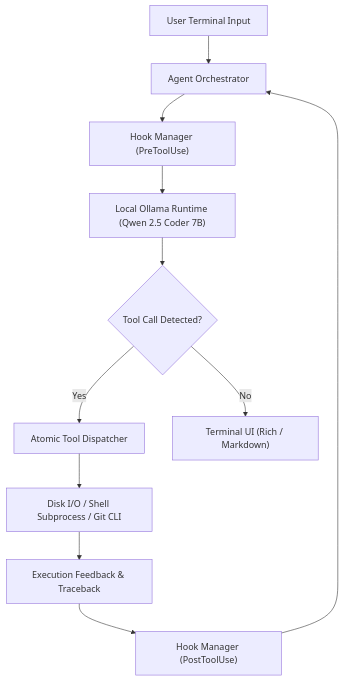
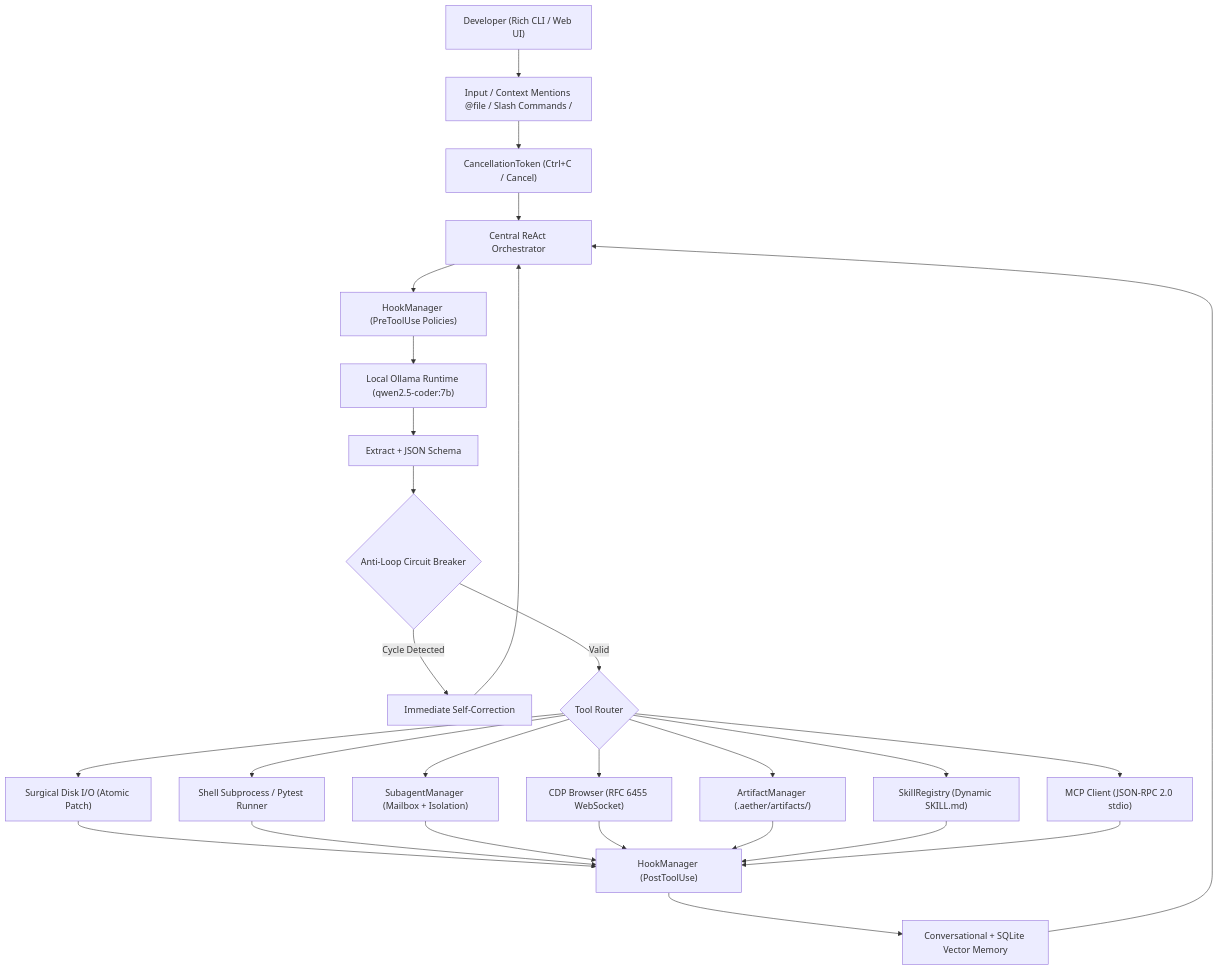
Before and after one commit to cristianhar/aether-agent: the diagram in README.md, drawn with Mermaid. The commit also changed other lines of this file and 1 other file, not shown here.

````diff
--- a/README.md
+++ b/README.md
@@ -54,13 +99,28 @@
 ```mermaid
 flowchart TD
-    User["User Terminal Input"] --> Orch["Agent Orchestrator"]
-    Orch --> Hooks["Hook Manager (PreToolUse)"]
-    Hooks --> LLM["Local Ollama Runtime (Qwen 2.5 Coder 7B)"]
-    LLM --> Decision{"Tool Call Detected?"}
-    Decision -- Yes --> ToolExec["Atomic Tool Dispatcher"]
-    ToolExec --> SysOps["Disk I/O / Shell Subprocess / Git CLI"]
-    SysOps --> Feedback["Execution Feedback & Traceback"]
-    Feedback --> HooksPost["Hook Manager (PostToolUse)"]
-    HooksPost --> Orch
-    Decision -- No --> FinalResp["Terminal UI (Rich / Markdown)"]
+    User["Developer (Rich CLI / Web UI)"] --> InputHandler["Input / Context Mentions @file / Slash Commands /"]
+    InputHandler --> CancelToken["CancellationToken (Ctrl+C / Cancel)"]
+    CancelToken --> Orch["Central ReAct Orchestrator"]
+    
+    Orch --> HookPre["HookManager (PreToolUse Policies)"]
+    HookPre --> LLM["Local Ollama Runtime (qwen2.5-coder:7b)"]
+    
+    LLM --> ThoughtParser["Extract <thought> + JSON Schema"]
+    ThoughtParser --> CircuitBreaker{"Anti-Loop Circuit Breaker"}
+    
+    CircuitBreaker -- Cycle Detected --> FeedbackLoop["Immediate Self-Correction"]
+    CircuitBreaker -- Valid --> ToolRouter{"Tool Router"}
+    
+    ToolRouter --> FileOps["Surgical Disk I/O (Atomic Patch)"]
+    ToolRouter --> ShellOps["Shell Subprocess / Pytest Runner"]
+    ToolRouter --> Subagents["SubagentManager (Mailbox + Isolation)"]
+    ToolRouter --> CDPBrowser["CDP Browser (RFC 6455 WebSocket)"]
+    ToolRouter --> Artifacts["ArtifactManager (.aether/artifacts/)"]
+    ToolRouter --> Skills["SkillRegistry (Dynamic SKILL.md)"]
+    ToolRouter --> MCP["MCP Client (JSON-RPC 2.0 stdio)"]
+    
+    FileOps & ShellOps & Subagents & CDPBrowser & Artifacts & Skills & MCP --> HookPost["HookManager (PostToolUse)"]
+    HookPost --> Memory["Conversational + SQLite Vector Memory"]
+    Memory --> Orch
+    FeedbackLoop --> Orch
 ```
````
